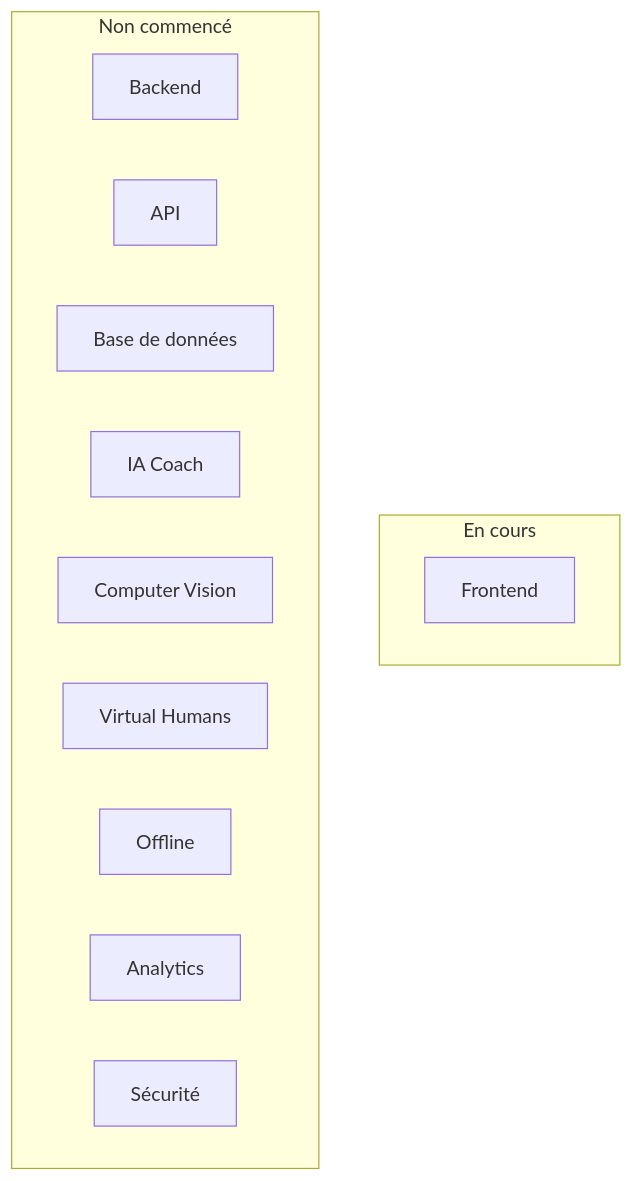
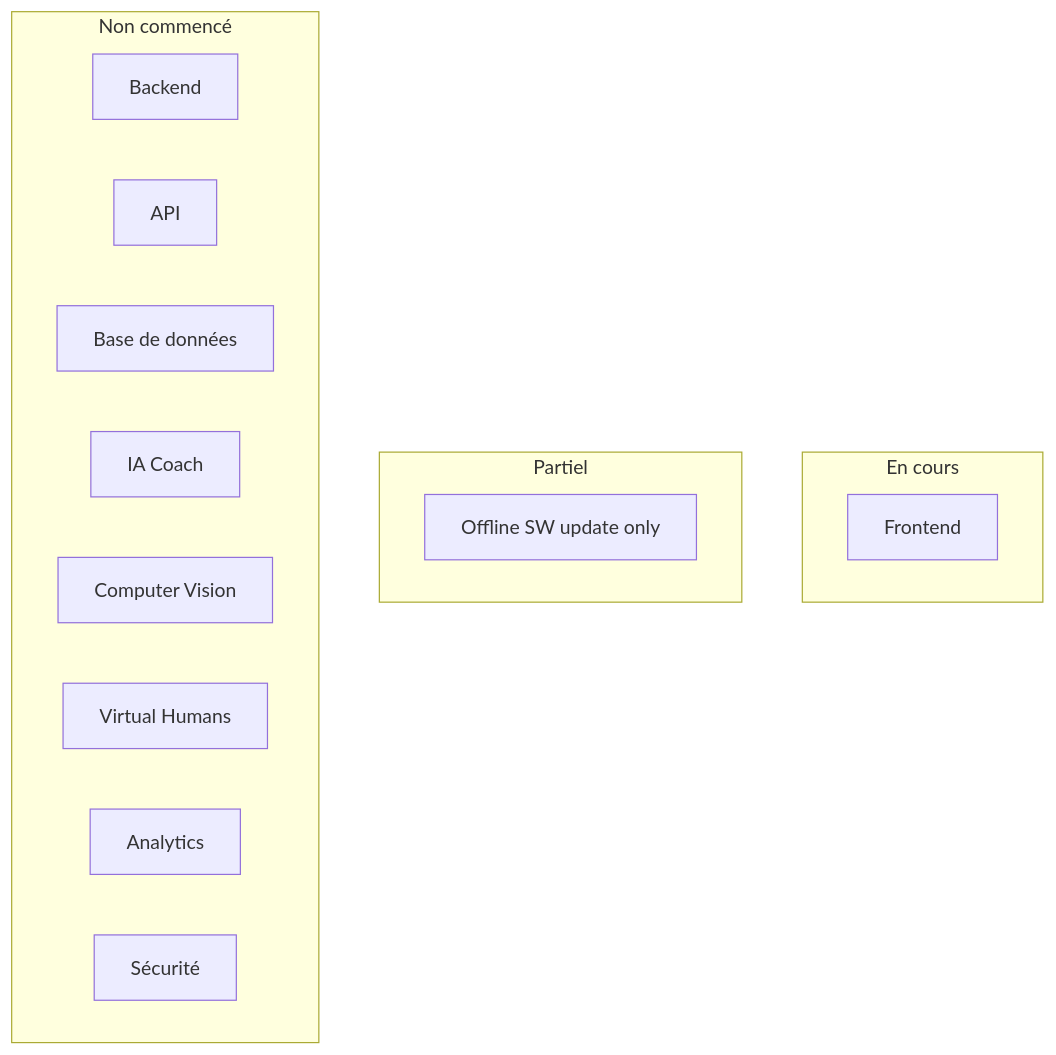
One commit to JavaChrist/Tai-Chi-AI-Coach changed the first of 5 diagrams in docs/runtime/01_ARCHITECTURE_STATUS.md. Above: the diagram before and after it, drawn with Mermaid. The commit also changed other lines of this file and 27 other files, not shown here.

First line of the commit message:
feat(pwa): add standard app update flow

````diff
--- a/docs/runtime/01_ARCHITECTURE_STATUS.md
+++ b/docs/runtime/01_ARCHITECTURE_STATUS.md
@@ -103,17 +104,19 @@
 ```mermaid
 flowchart TB
   subgraph EnCours[En cours]
     FE[Frontend]
+  end
+  subgraph Partiel[Partiel]
+    OFF[Offline SW update only]
   end
   subgraph NonCommence[Non commencé]
     BE[Backend]
     API[API]
     DB[Base de données]
     AI[IA Coach]
     CV[Computer Vision]
     VH[Virtual Humans]
-    OFF[Offline]
     AN[Analytics]
     SEC[Sécurité]
   end
 ```
````
